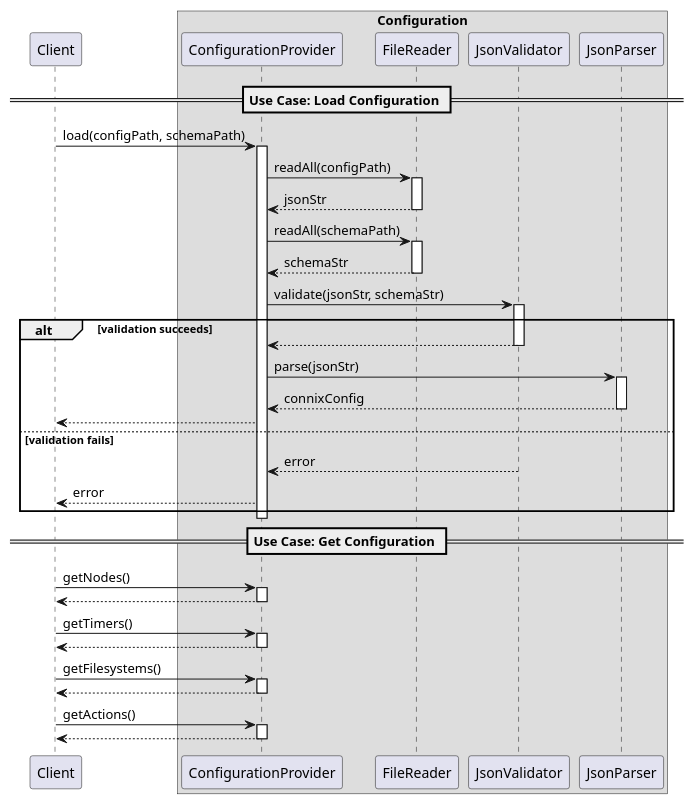
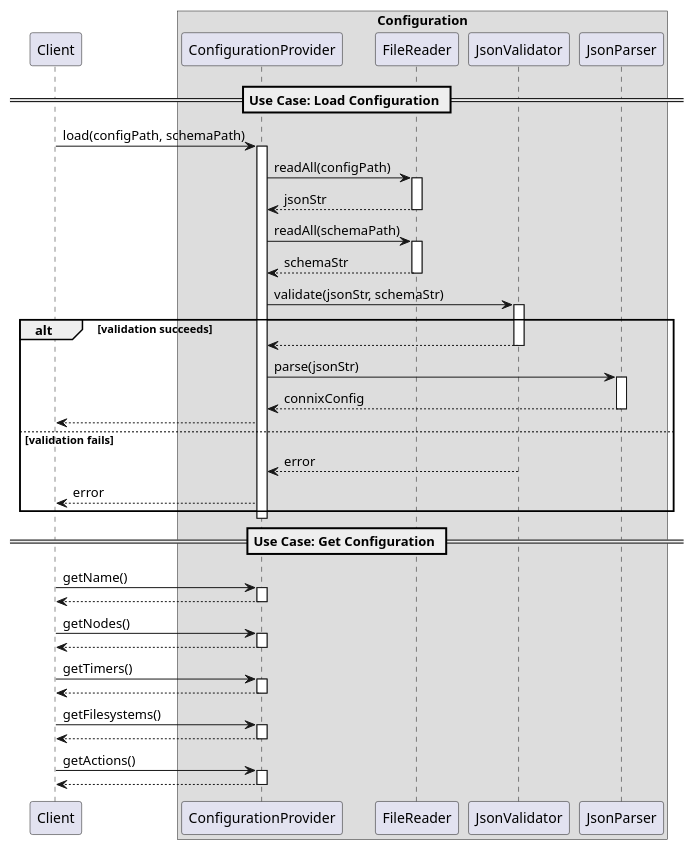
Before and after one commit to nghdang/connix: the diagram in connix/connix-core/infrastructure/configuration/dd/runtime_view.puml, drawn with PlantUML. The commit also changed 37 other files, not shown here.

```diff
--- a/connix/connix-core/infrastructure/configuration/dd/runtime_view.puml
+++ b/connix/connix-core/infrastructure/configuration/dd/runtime_view.puml
@@ -1,70 +1,75 @@
 @startuml Configuration Component - Runtime View
 
 participant Client
 
 box "Configuration"
     participant ConfigurationProvider
     participant FileReader
     participant JsonValidator
     participant JsonParser
 end box
 
 == Use Case: Load Configuration ==
 
 Client -> ConfigurationProvider : load(configPath, schemaPath)
 activate ConfigurationProvider
 
 ConfigurationProvider -> FileReader : readAll(configPath)
 activate FileReader
 FileReader --> ConfigurationProvider : jsonStr
 deactivate FileReader
 
 ConfigurationProvider -> FileReader : readAll(schemaPath)
 activate FileReader
 FileReader --> ConfigurationProvider : schemaStr
 deactivate FileReader
 
 ConfigurationProvider -> JsonValidator : validate(jsonStr, schemaStr)
 activate JsonValidator
 
 alt validation succeeds
     JsonValidator --> ConfigurationProvider
     deactivate JsonValidator
 
     ConfigurationProvider -> JsonParser : parse(jsonStr)
     activate JsonParser
     JsonParser --> ConfigurationProvider : connixConfig
     deactivate JsonParser
 
     ConfigurationProvider --> Client
 else validation fails
     JsonValidator --> ConfigurationProvider : error
     deactivate JsonValidator
     ConfigurationProvider --> Client : error
 end
 
 deactivate ConfigurationProvider
 
 == Use Case: Get Configuration ==
 
+Client -> ConfigurationProvider : getName()
+activate ConfigurationProvider
+ConfigurationProvider --> Client
+deactivate ConfigurationProvider
+
 Client -> ConfigurationProvider : getNodes()
 activate ConfigurationProvider
 ConfigurationProvider --> Client
 deactivate ConfigurationProvider
 
 Client -> ConfigurationProvider : getTimers()
 activate ConfigurationProvider
 ConfigurationProvider --> Client
 deactivate ConfigurationProvider
 
 Client -> ConfigurationProvider : getFilesystems()
 activate ConfigurationProvider
 ConfigurationProvider --> Client
 deactivate ConfigurationProvider
 
 Client -> ConfigurationProvider : getActions()
 activate ConfigurationProvider
 ConfigurationProvider --> Client
 deactivate ConfigurationProvider
 
 @enduml
```
